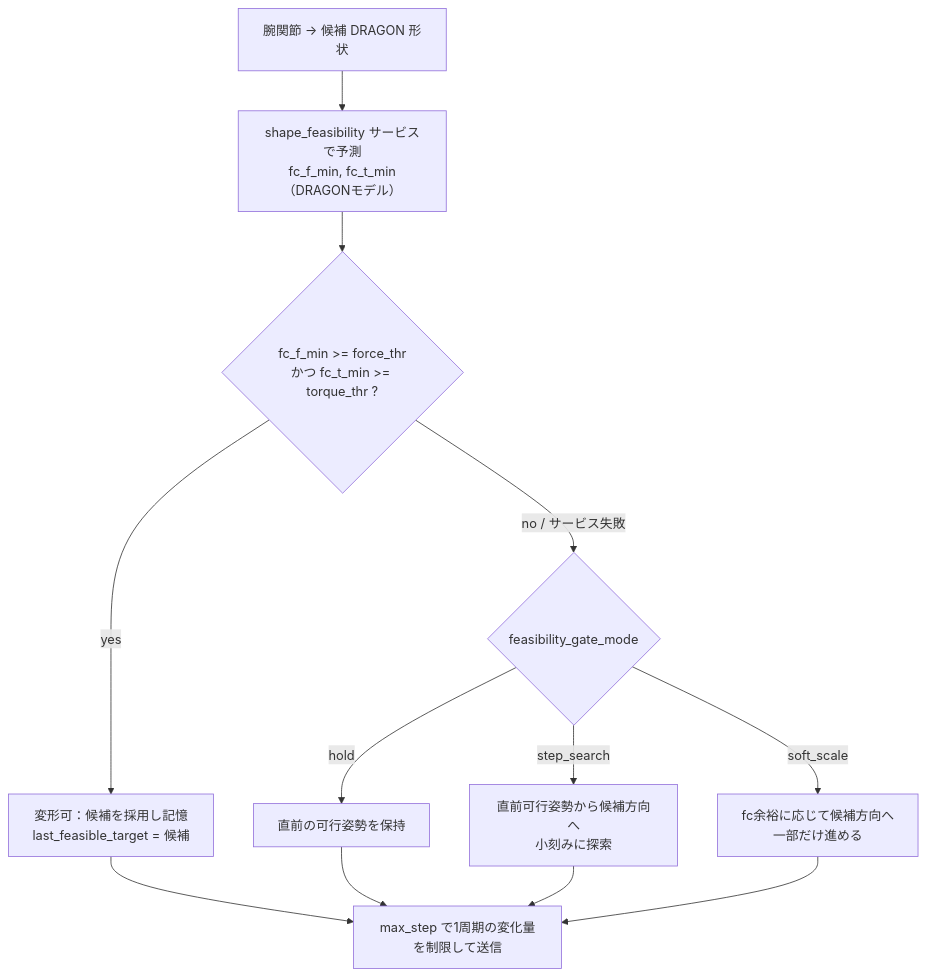
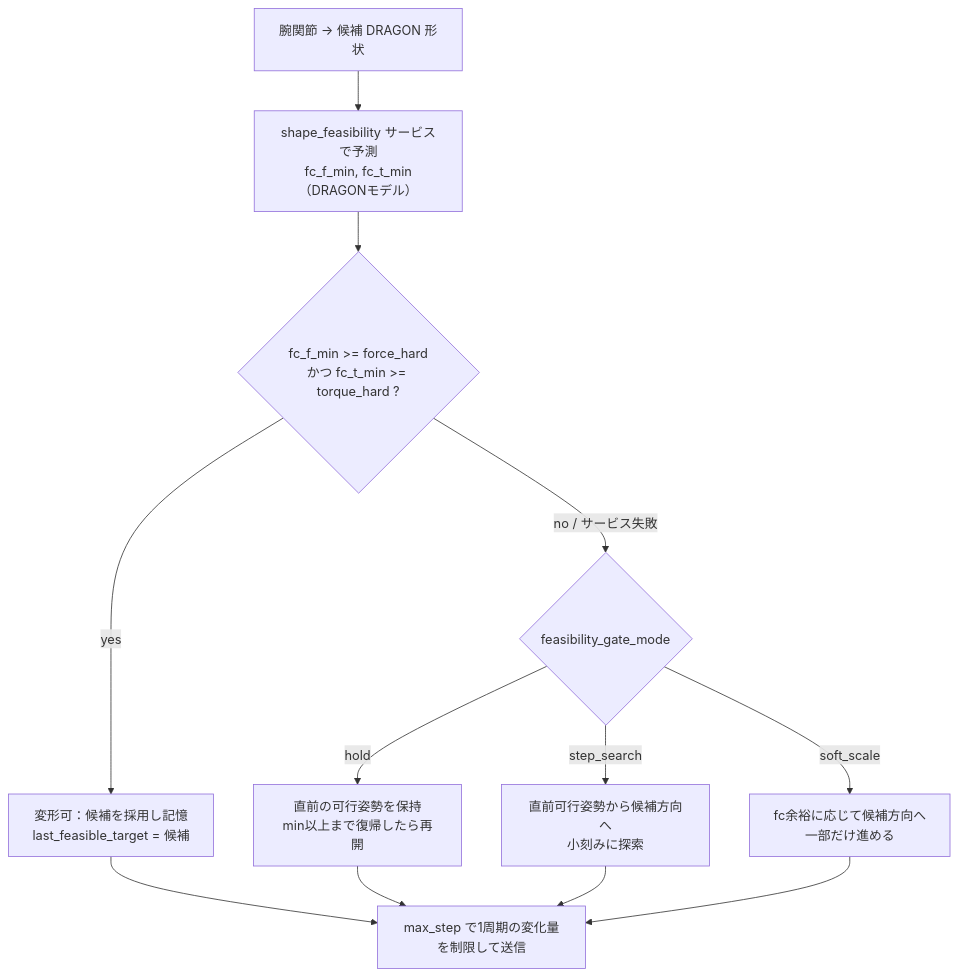
The sixth of 6 diagrams in robots/dracomancer/README.md (Tomoya-Oku/jsk_aerial_robot), drawn with Mermaid before and after one commit. The commit also changed other lines of this file and 4 other files, not shown here.

````diff
--- a/robots/dracomancer/README.md
+++ b/robots/dracomancer/README.md
@@ -322,14 +322,14 @@
 ```mermaid
 flowchart TD
     A["腕関節 → 候補 DRAGON 形状"] --> B["shape_feasibility サービスで予測<br/>fc_f_min, fc_t_min（DRAGONモデル）"]
-    B --> C{"fc_f_min >= force_thr<br/>かつ fc_t_min >= torque_thr ?"}
+    B --> C{"fc_f_min >= force_hard<br/>かつ fc_t_min >= torque_hard ?"}
     C -->|yes| D["変形可：候補を採用し記憶<br/>last_feasible_target = 候補"]
     C -->|no / サービス失敗| E{"feasibility_gate_mode"}
-    E -->|hold| H["直前の可行姿勢を保持"]
+    E -->|hold| H["直前の可行姿勢を保持<br/>min以上まで復帰したら再開"]
     E -->|step_search| I["直前可行姿勢から候補方向へ<br/>小刻みに探索"]
     E -->|soft_scale| J["fc余裕に応じて候補方向へ<br/>一部だけ進める"]
     D --> F["max_step で1周期の変化量を制限して送信"]
     H --> F
     I --> F
     J --> F
 ```
````
